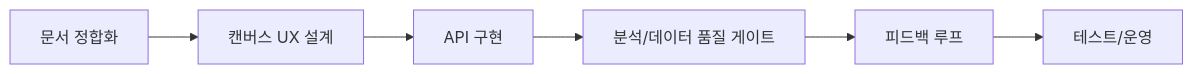
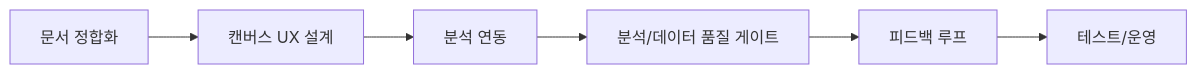
One commit to acertainromance401/SentiVision changed the diagram in Project_Descriptions/WBS_SentiVision.md. Above: the diagram before and after it, drawn with Mermaid. The commit also changed other lines of this file and 10 other files, not shown here.

Commit message:
Refresh project docs for setup flow

````diff
--- a/Project_Descriptions/WBS_SentiVision.md
+++ b/Project_Descriptions/WBS_SentiVision.md
@@ -132,8 +133,8 @@
 ```mermaid
 flowchart LR
   A[문서 정합화] --> B[캔버스 UX 설계]
-  B --> C[API 구현]
+  B --> C[분석 연동]
   C --> D[분석/데이터 품질 게이트]
   D --> E[피드백 루프]
   E --> F[테스트/운영]
 ```
````
